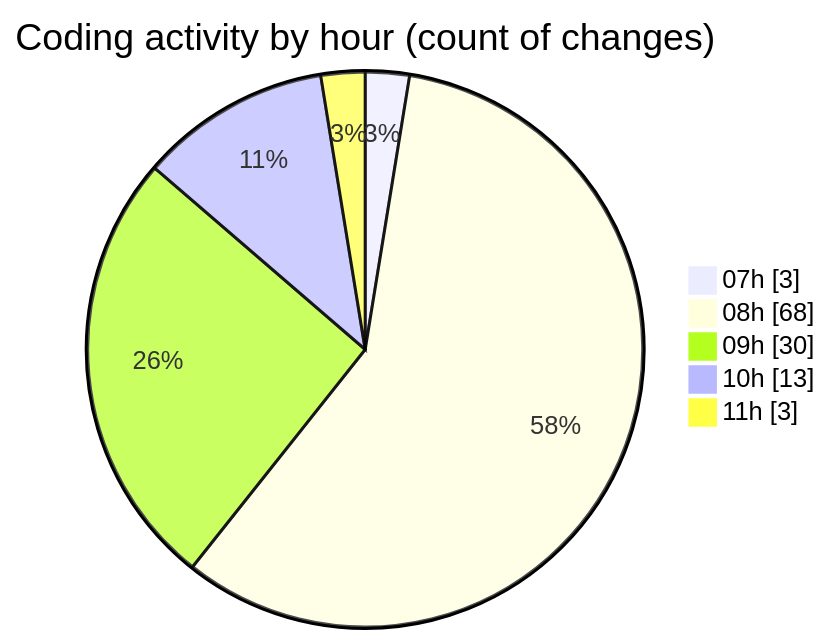
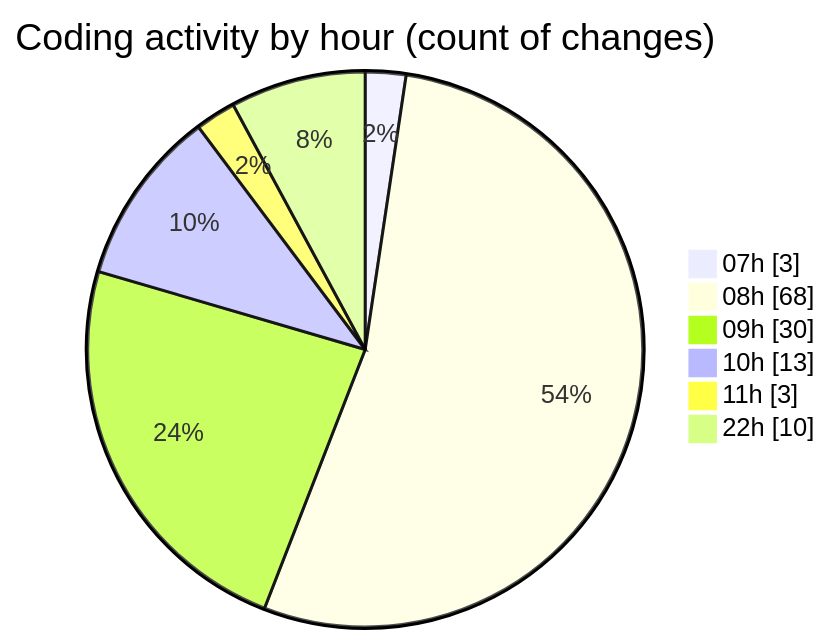
The second of 2 diagrams in 2025-07-10/toolsopenemalpass/README.md (lephambinh05/code-tracking), drawn with Mermaid before and after one commit. The commit also changed other lines of this file and 1 other file, not shown here.

````diff
--- a/2025-07-10/toolsopenemalpass/README.md
+++ b/2025-07-10/toolsopenemalpass/README.md
@@ -76,9 +76,10 @@
 ```mermaid
 pie showData
 title Coding activity by hour (count of changes)
 "07h" : 3
 "08h" : 68
 "09h" : 30
 "10h" : 13
 "11h" : 3
+"22h" : 10
 ```
````
